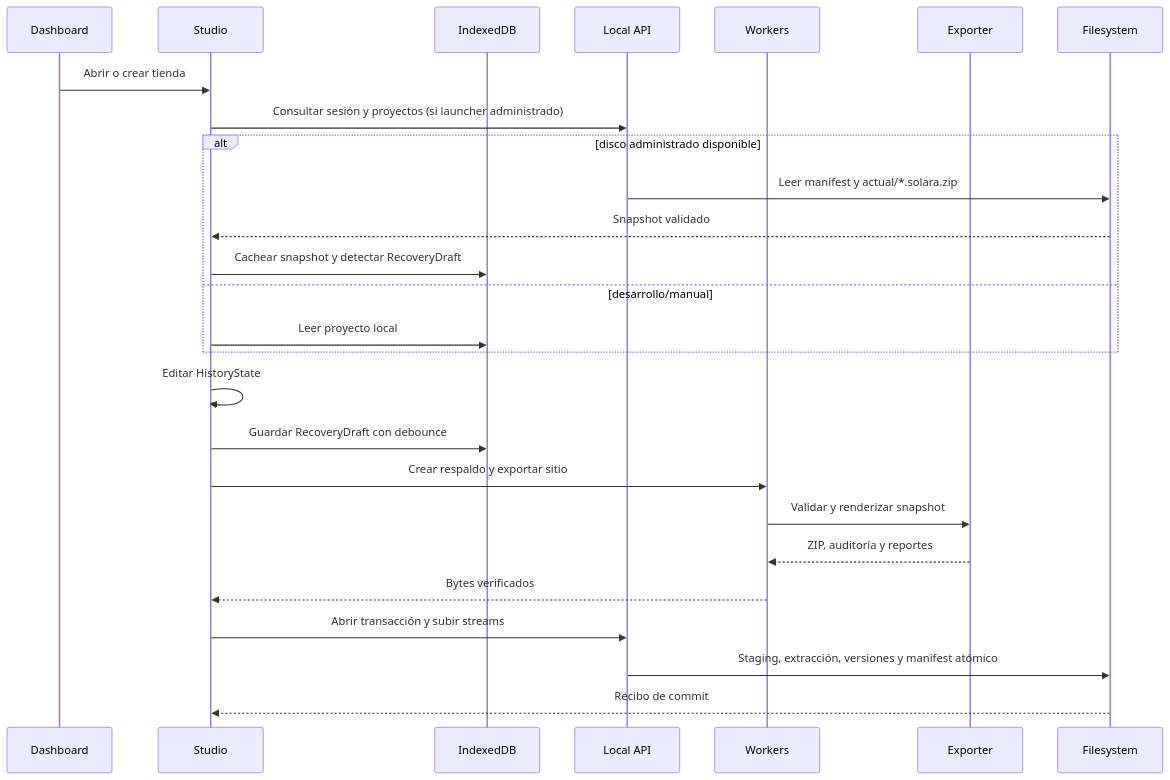
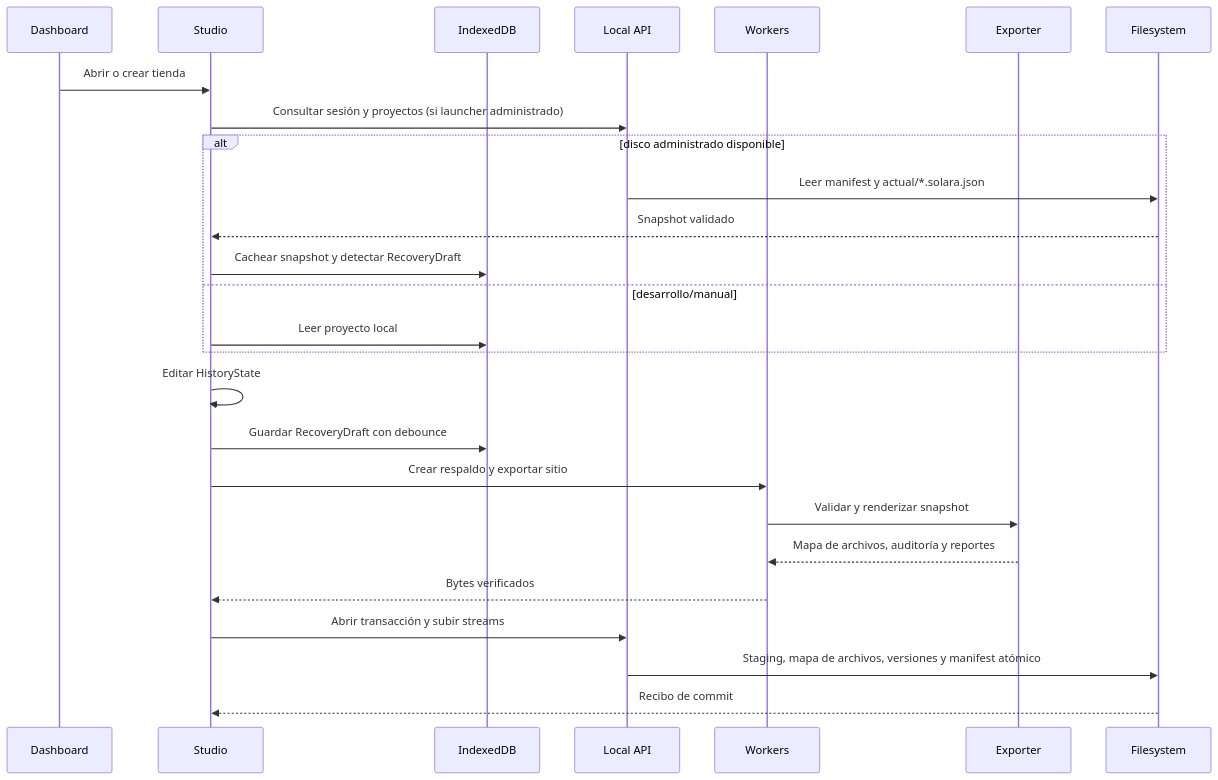
One commit to PiPa1337/SolaraCommerce-Fork changed the second of 2 diagrams in docs/ARCHITECTURE.md. Above: the diagram before and after it, drawn with Mermaid. The commit also changed other lines of this file and 18 other files, not shown here.

Commit message:
Documenta el formato JSON sin compresión y cierra la eliminación de ZIP

````diff
--- a/docs/ARCHITECTURE.md
+++ b/docs/ARCHITECTURE.md
@@ -139,29 +140,29 @@
 ```mermaid
 sequenceDiagram
   participant D as Dashboard
   participant S as Studio
   participant I as IndexedDB
   participant L as Local API
   participant W as Workers
   participant E as Exporter
   participant F as Filesystem
 
   D->>S: Abrir o crear tienda
   S->>L: Consultar sesión y proyectos (si launcher administrado)
   alt disco administrado disponible
-    L->>F: Leer manifest y actual/*.solara.zip
+    L->>F: Leer manifest y actual/*.solara.json
     F-->>S: Snapshot validado
     S->>I: Cachear snapshot y detectar RecoveryDraft
   else desarrollo/manual
     S->>I: Leer proyecto local
   end
   S->>S: Editar HistoryState
   S->>I: Guardar RecoveryDraft con debounce
   S->>W: Crear respaldo y exportar sitio
   W->>E: Validar y renderizar snapshot
-  E-->>W: ZIP, auditoría y reportes
+  E-->>W: Mapa de archivos, auditoría y reportes
   W-->>S: Bytes verificados
   S->>L: Abrir transacción y subir streams
-  L->>F: Staging, extracción, versiones y manifest atómico
+  L->>F: Staging, mapa de archivos, versiones y manifest atómico
   F-->>S: Recibo de commit
 ```
````
